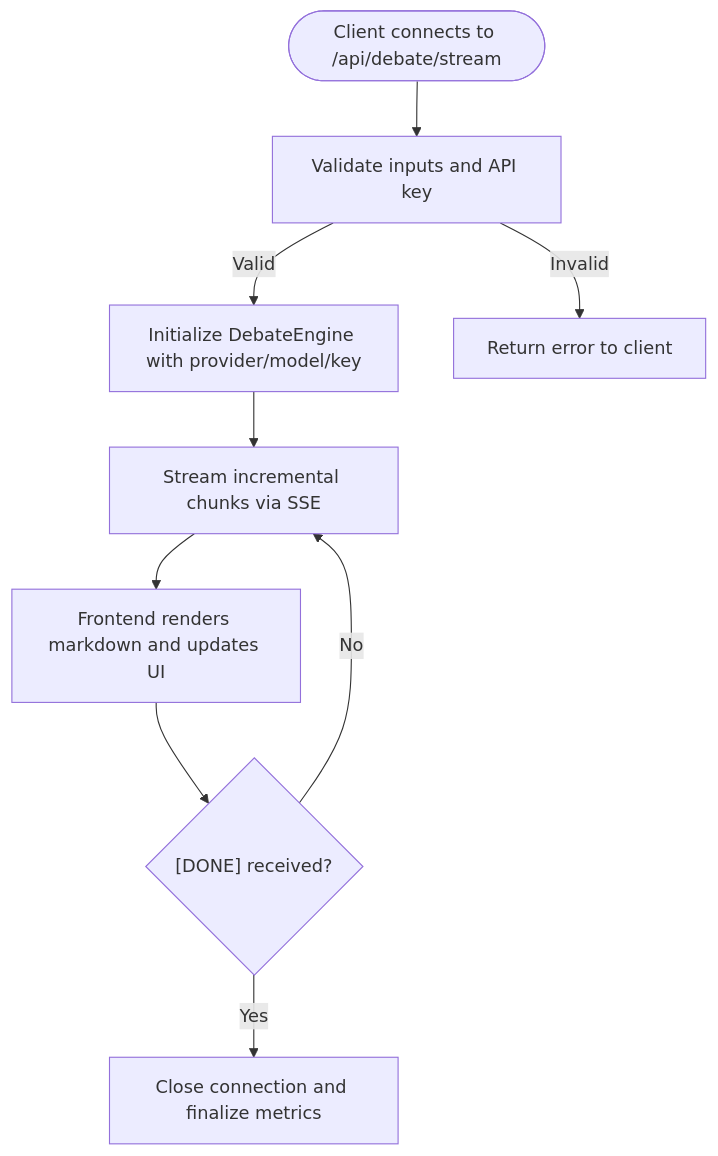
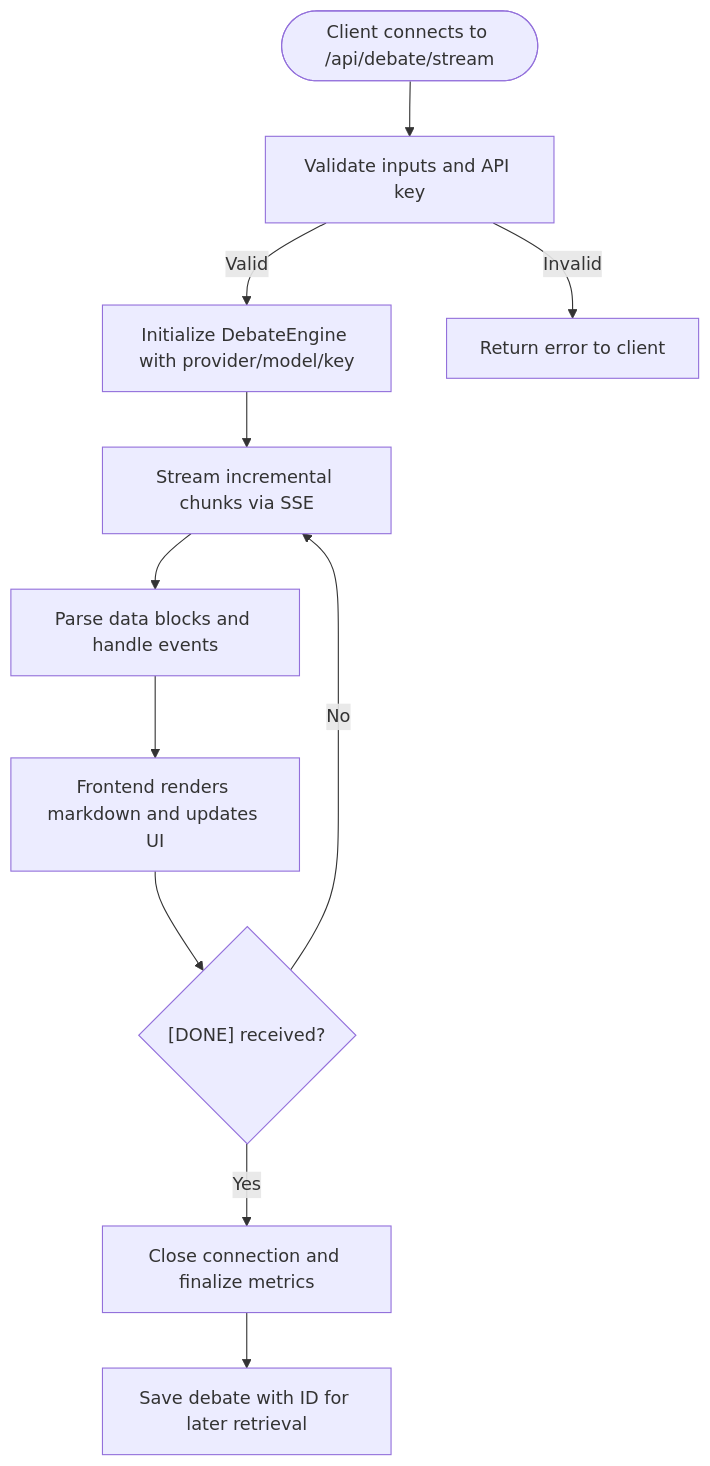
One commit to RunTimeAdmin/tri-ai changed the fourth of 11 diagrams in .qoder/repowiki/en/content/System Architecture/System Architecture.md. Above: the diagram before and after it, drawn with Mermaid. The commit also changed other lines of this file and 21 other files, not shown here.

````diff
--- a/.qoder/repowiki/en/content/System Architecture/System Architecture.md
+++ b/.qoder/repowiki/en/content/System Architecture/System Architecture.md
@@ -191,11 +198,13 @@
 ```mermaid
 flowchart TD
 Start(["Client connects to /api/debate/stream"]) --> Validate["Validate inputs and API key"]
 Validate --> |Valid| Init["Initialize DebateEngine with provider/model/key"]
 Validate --> |Invalid| Error["Return error to client"]
 Init --> Stream["Stream incremental chunks via SSE"]
-Stream --> Render["Frontend renders markdown and updates UI"]
+Stream --> Parse["Parse data blocks and handle events"]
+Parse --> Render["Frontend renders markdown and updates UI"]
 Render --> Done{"[DONE] received?"}
 Done --> |No| Stream
 Done --> |Yes| Finish["Close connection and finalize metrics"]
+Finish --> Persist["Save debate with ID for later retrieval"]
 ```
````
